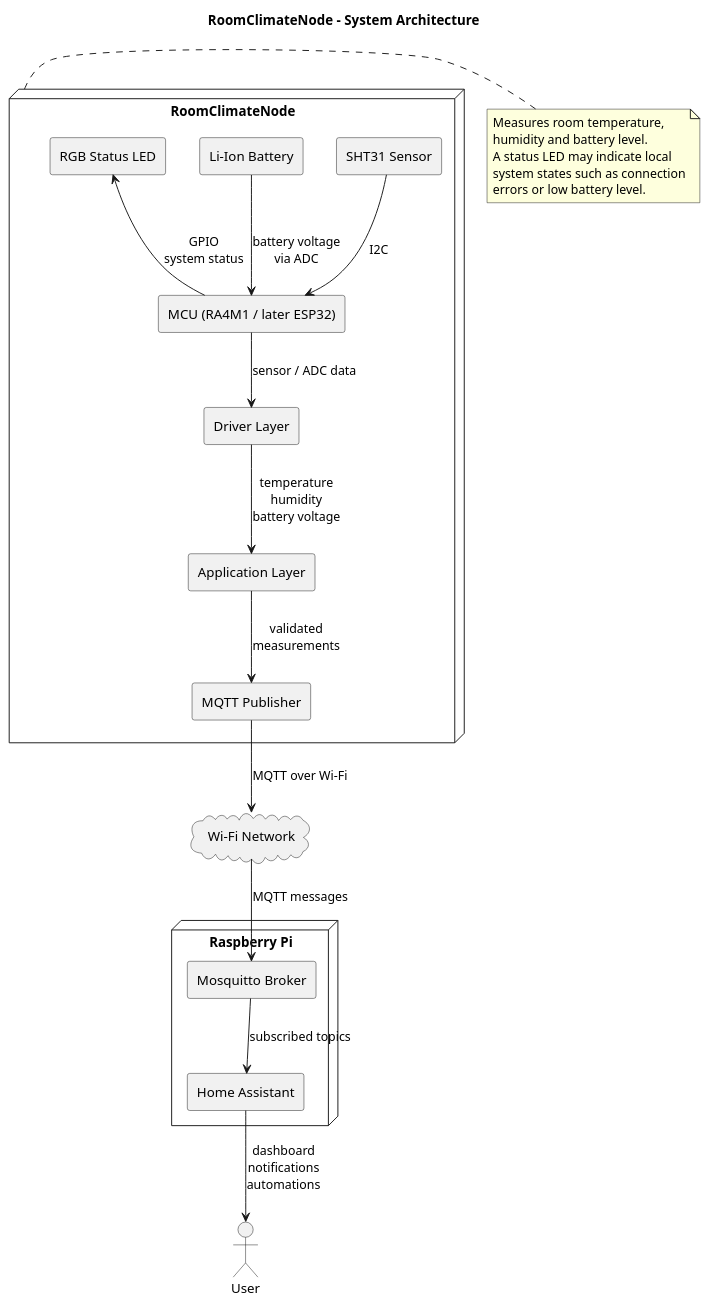
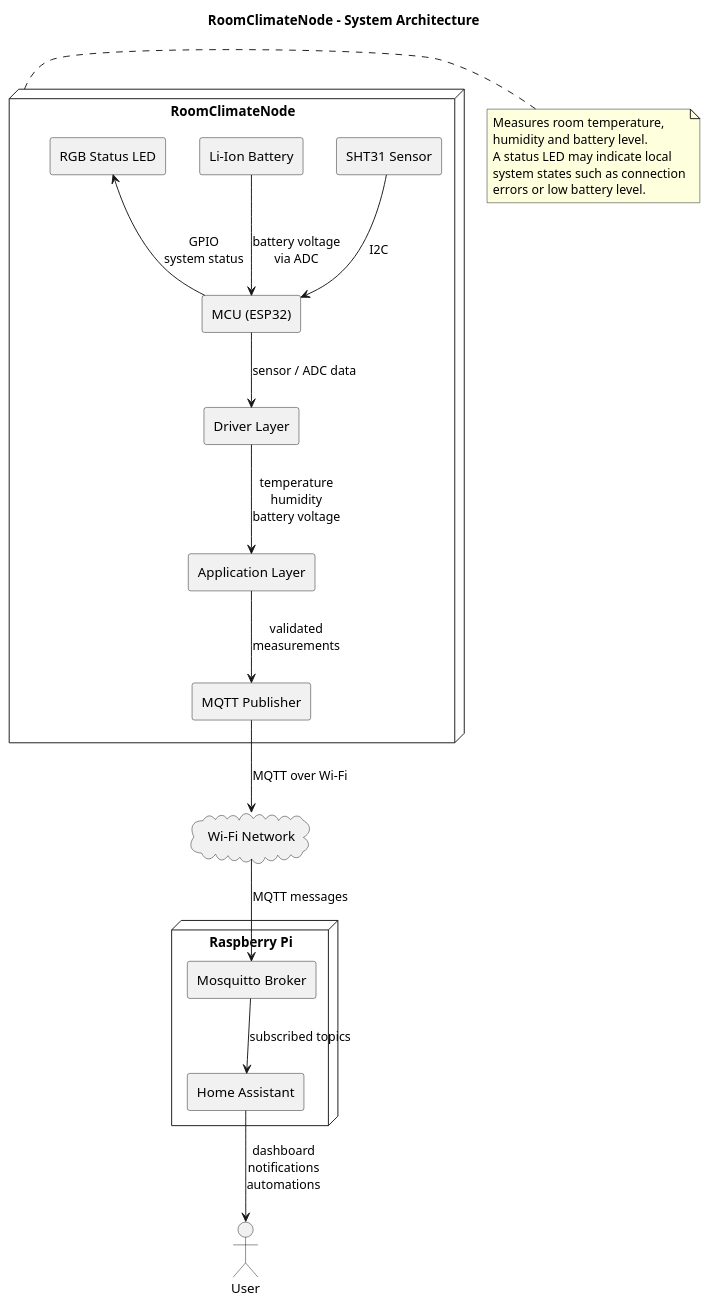
One commit to KennethK88/RoomClimateNode changed the diagram in docs/SystemArchitecture.puml. Above: the diagram before and after it, drawn with PlantUML. The commit also changed 1 other file, not shown here.

```diff
--- a/docs/SystemArchitecture.puml
+++ b/docs/SystemArchitecture.puml
@@ -1,63 +1,63 @@
 @startuml
 title RoomClimateNode – System Architecture
 
 skinparam componentStyle rectangle
 skinparam shadowing false
 
 ' ============================================================
 ' Sensor Node
 ' ============================================================
 
 node "RoomClimateNode" as roomNode {
     
     component "SHT31 Sensor" as sht31
     component "Li-Ion Battery" as battery
     component "RGB Status LED" as statusLed
-    component "MCU (RA4M1 / later ESP32)" as mcu
+    component "MCU (ESP32)" as mcu
 
     component "Driver Layer" as driverLayer
     component "Application Layer" as applicationLayer
     component "MQTT Publisher" as publisher
 
     sht31 --> mcu : I2C
     battery --> mcu : battery voltage\nvia ADC
     statusLed <-- mcu : GPIO\nsystem status
 
     mcu --> driverLayer : sensor / ADC data
     driverLayer --> applicationLayer : temperature\nhumidity\nbattery voltage
 
     applicationLayer --> publisher : validated\nmeasurements
 }
 
 ' ============================================================
 ' Network / Broker / Smart Home
 ' ============================================================
 
 cloud "Wi-Fi Network" as wifi
 
 node "Raspberry Pi" as pi {
     component "Mosquitto Broker" as broker
     component "Home Assistant" as ha
 }
 
 actor "User" as user
 
 publisher --> wifi : MQTT over Wi-Fi
 wifi --> broker : MQTT messages
 
 broker --> ha : subscribed topics
 ha --> user : dashboard\nnotifications\nautomations
 
 ' ============================================================
 ' Notes
 ' ============================================================
 
 note right of roomNode
   Measures room temperature,
   humidity and battery level.
   A status LED may indicate local
   system states such as connection
   errors or low battery level.
 end note
 
 @enduml
```
